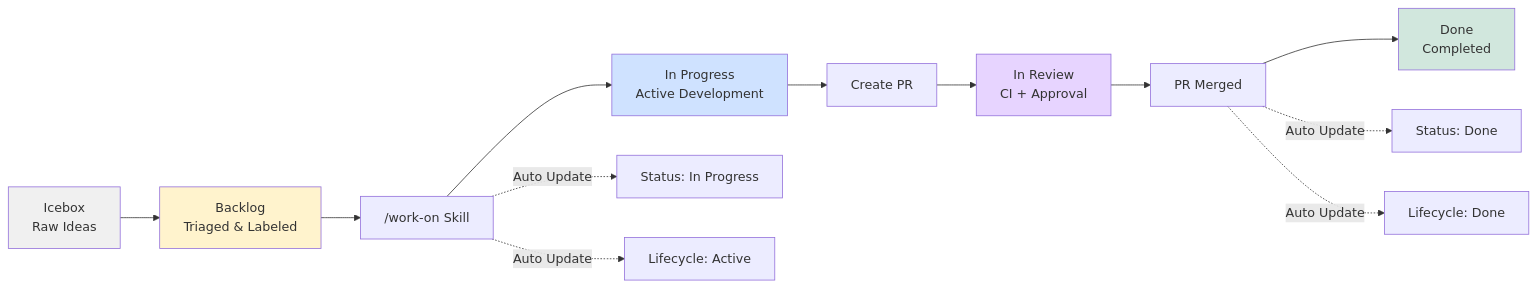
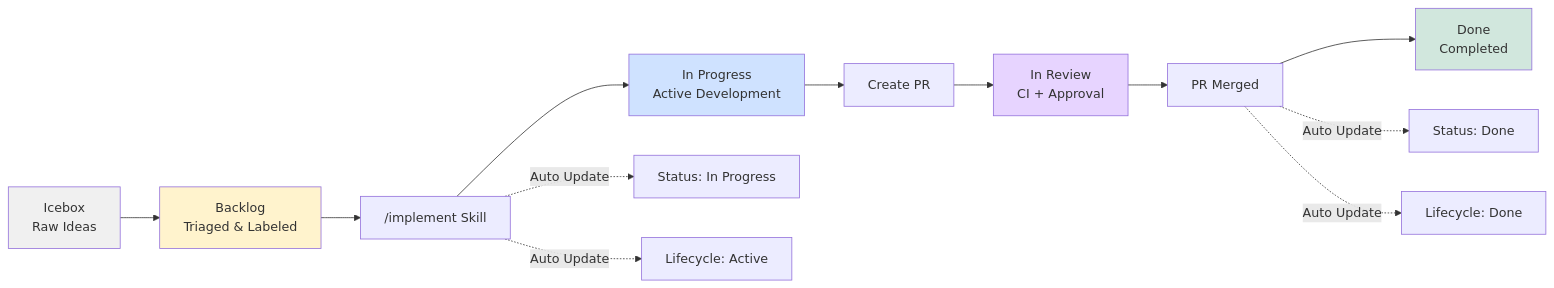
Before and after one commit to mikiwiik/instructions-only-claude-coding: the fifth of 7 diagrams in docs/diagrams/development-workflow.md, drawn with Mermaid. The commit also changed other lines of this file and 5 other files, not shown here.

First line of the commit message:
refactor(dx): rename /work-on to /implement with updated description (#480)

````diff
--- a/docs/diagrams/development-workflow.md
+++ b/docs/diagrams/development-workflow.md
@@ -210,21 +210,21 @@
 ```mermaid
 graph LR
     Icebox[Icebox<br/>Raw Ideas] --> Backlog[Backlog<br/>Triaged & Labeled]
-    Backlog --> WorkOn["/work-on Skill"]
-    WorkOn --> InProgress[In Progress<br/>Active Development]
+    Backlog --> Implement["/implement Skill"]
+    Implement --> InProgress[In Progress<br/>Active Development]
     InProgress --> PRCreate[Create PR]
     PRCreate --> Review[In Review<br/>CI + Approval]
     Review --> Merged[PR Merged]
     Merged --> Done[Done<br/>Completed]
 
-    WorkOn -.->|Auto Update| StatusIP[Status: In Progress]
-    WorkOn -.->|Auto Update| LifecycleActive[Lifecycle: Active]
+    Implement -.->|Auto Update| StatusIP[Status: In Progress]
+    Implement -.->|Auto Update| LifecycleActive[Lifecycle: Active]
     Merged -.->|Auto Update| StatusDone[Status: Done]
     Merged -.->|Auto Update| LifecycleDone[Lifecycle: Done]
 
     style Icebox fill:#f0f0f0
     style Backlog fill:#fff3cd
     style InProgress fill:#cfe2ff
     style Review fill:#e7d4ff
     style Done fill:#d1e7dd
 ```
````
